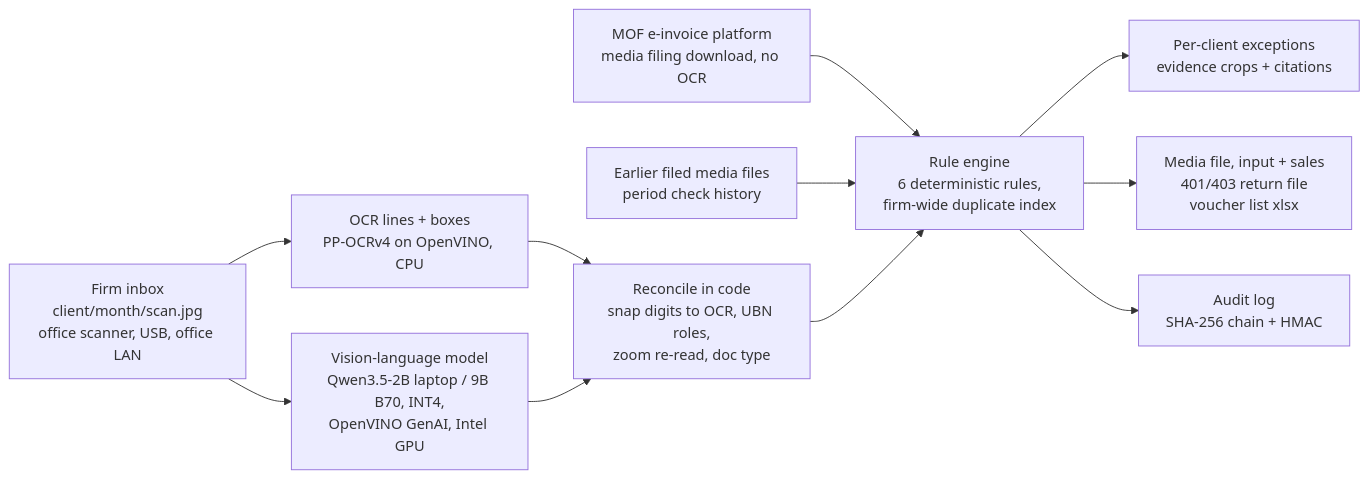
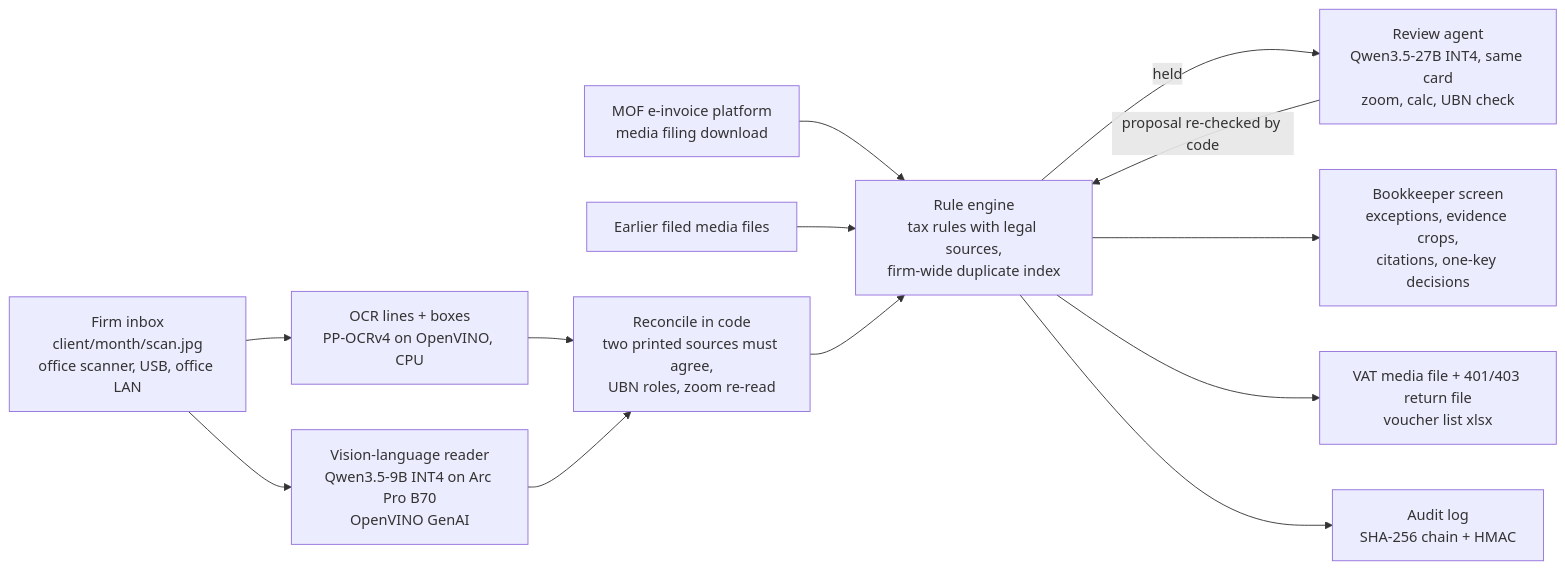
The diagram in README.md (StuartYo/ledger-room), drawn with Mermaid before and after one commit. The commit also changed other lines of this file and 15 other files, not shown here.

````diff
--- a/README.md
+++ b/README.md
@@ -346,13 +58,15 @@
 ```mermaid
 flowchart LR
   A[Firm inbox<br/>client/month/scan.jpg<br/>office scanner, USB, office LAN] --> B[OCR lines + boxes<br/>PP-OCRv4 on OpenVINO, CPU]
-  A --> C[Vision-language model<br/>Qwen3.5-2B laptop / 9B B70, INT4,<br/>OpenVINO GenAI, Intel GPU]
-  B --> D[Reconcile in code<br/>snap digits to OCR, UBN roles,<br/>zoom re-read, doc type]
+  A --> C[Vision-language reader<br/>Qwen3.5-9B INT4 on Arc Pro B70<br/>OpenVINO GenAI]
+  B --> D[Reconcile in code<br/>two printed sources must agree,<br/>UBN roles, zoom re-read]
   C --> D
-  H[MOF e-invoice platform<br/>media filing download, no OCR] --> E
-  J[Earlier filed media files<br/>period check history] --> E
-  D --> E[Rule engine<br/>6 deterministic rules,<br/>firm-wide duplicate index]
-  E --> F[Per-client exceptions<br/>evidence crops + citations]
-  E --> I[Media file, input + sales<br/>401/403 return file<br/>voucher list xlsx]
+  H[MOF e-invoice platform<br/>media filing download] --> E
+  J[Earlier filed media files] --> E
+  D --> E[Rule engine<br/>tax rules with legal sources,<br/>firm-wide duplicate index]
+  E -->|held| K[Review agent<br/>Qwen3.5-27B INT4, same card<br/>zoom, calc, UBN check]
+  K -->|proposal re-checked by code| E
+  E --> F[Bookkeeper screen<br/>exceptions, evidence crops,<br/>citations, one-key decisions]
+  E --> I[VAT media file + 401/403 return file<br/>voucher list xlsx]
   E --> G[Audit log<br/>SHA-256 chain + HMAC]
 ```
````
